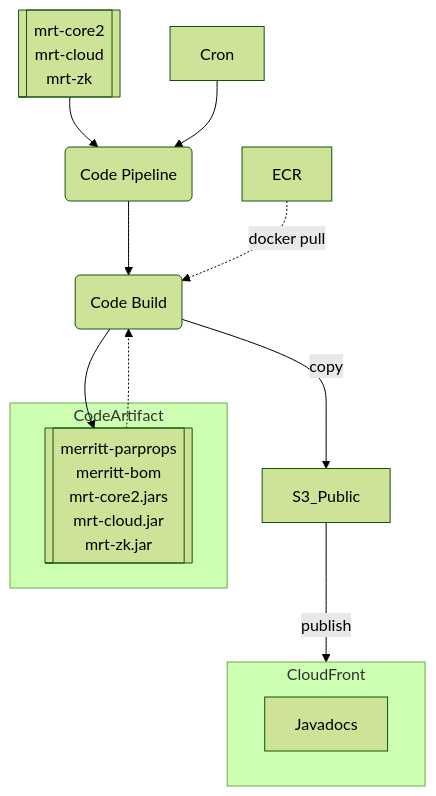
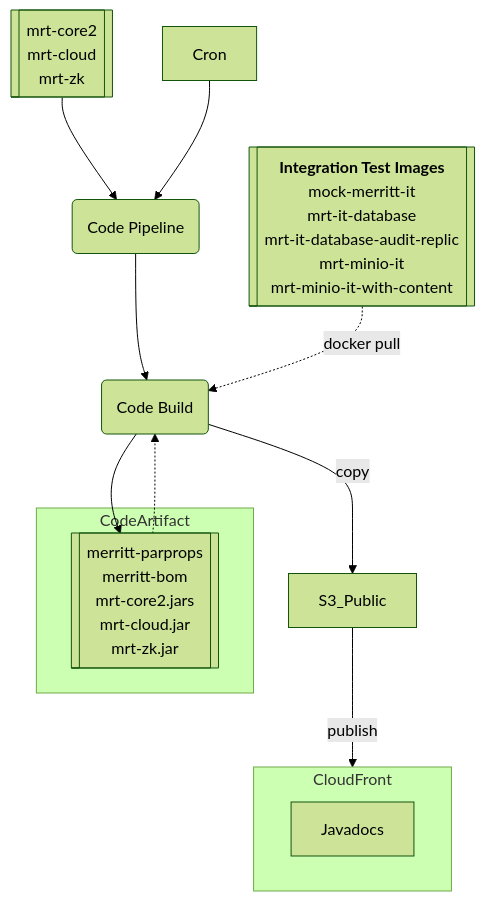
The second of 11 diagrams in design/aws-build/README.md (CDLUC3/mrt-doc), drawn with Mermaid (forest theme) before and after one commit. The commit also changed other lines of this file, not shown here.

````diff
--- a/design/aws-build/README.md
+++ b/design/aws-build/README.md
@@ -62,32 +62,38 @@
 ```mermaid
 graph TD
   GitHub[["`
     mrt-core2
     mrt-cloud
     mrt-zk
   `"]]
   GitHub --> Pipeline
   Cron --> Pipeline
   Pipeline(Code Pipeline)
   Pipeline --> Build
   Build(Code Build)
   S3_Public
   Build --> JarFiles
   Build --> |copy| S3_Public
   S3_Public --> |publish| CloudFront
-  ECR
+  ECR[["`**Integration Test Images**
+      mock-merritt-it
+      mrt-it-database
+      mrt-it-database-audit-replic
+      mrt-minio-it
+      mrt-minio-it-with-content
+    `"]]
   ECR -.-> |docker pull| Build
   subgraph CodeArtifact
     JarFiles[["`
       merritt-parprops
       merritt-bom
       mrt-core2.jars
       mrt-cloud.jar
       mrt-zk.jar
     `"]]
   end
   JarFiles -.-> Build
   subgraph CloudFront
     Javadocs
   end
 ```
````
